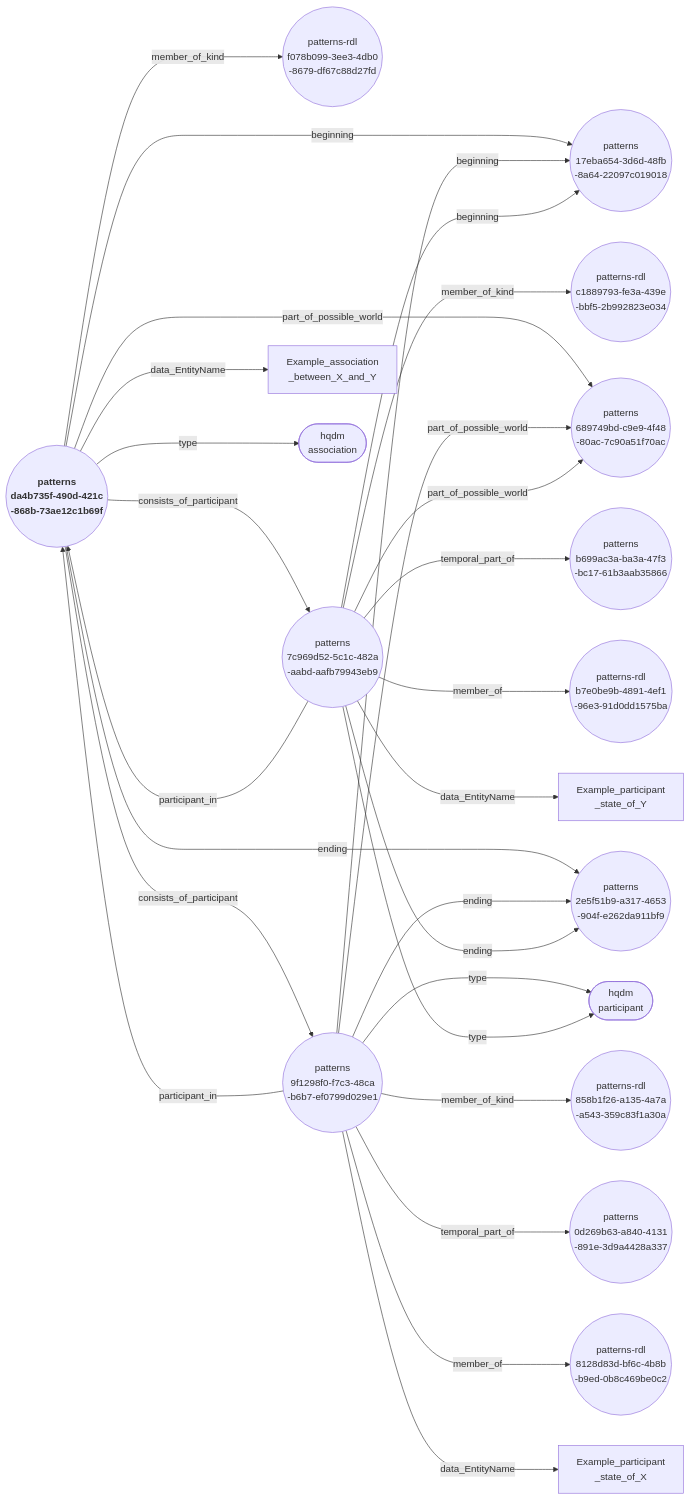
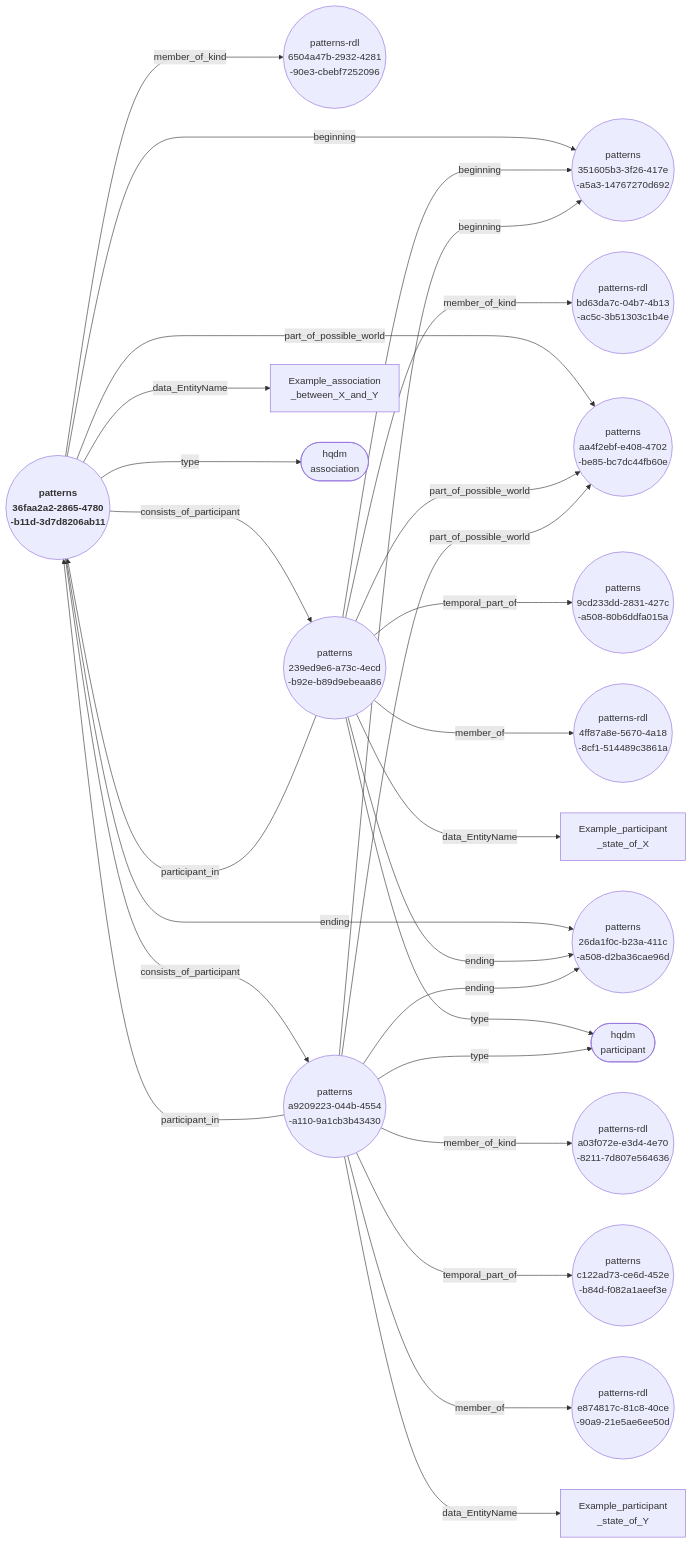
One commit to ClimbingAl/HqdmPatterns changed the diagram in docs/extras/example-files/genericAssociationAndParticipantsNodeEdgeGraph.mermaid. Above: the diagram before and after it, drawn with Mermaid. The commit also changed 56 other files, not shown here.

````diff
--- a/docs/extras/example-files/genericAssociationAndParticipantsNodeEdgeGraph.mermaid
+++ b/docs/extras/example-files/genericAssociationAndParticipantsNodeEdgeGraph.mermaid
@@ -1,29 +1,29 @@
 ``` mermaid
 graph LR
-  da4b735f-490d-421c-868b-73ae12c1b69f(("<b> patterns <br> da4b735f-490d-421c <br> -868b-73ae12c1b69f"))--->|"beginning"|17eba654-3d6d-48fb-8a64-22097c019018(("patterns <br> 17eba654-3d6d-48fb <br> -8a64-22097c019018"));
-  da4b735f-490d-421c-868b-73ae12c1b69f(("<b> patterns <br> da4b735f-490d-421c <br> -868b-73ae12c1b69f"))--->|"member_of_kind"|f078b099-3ee3-4db0-8679-df67c88d27fd(("patterns-rdl <br> f078b099-3ee3-4db0 <br> -8679-df67c88d27fd"));
-  da4b735f-490d-421c-868b-73ae12c1b69f(("<b> patterns <br> da4b735f-490d-421c <br> -868b-73ae12c1b69f"))--->|"consists_of_participant"|7c969d52-5c1c-482a-aabd-aafb79943eb9(("patterns <br> 7c969d52-5c1c-482a <br> -aabd-aafb79943eb9"));
-  da4b735f-490d-421c-868b-73ae12c1b69f(("<b> patterns <br> da4b735f-490d-421c <br> -868b-73ae12c1b69f"))--->|"consists_of_participant"|9f1298f0-f7c3-48ca-b6b7-ef0799d029e1(("patterns <br> 9f1298f0-f7c3-48ca <br> -b6b7-ef0799d029e1"));
-  da4b735f-490d-421c-868b-73ae12c1b69f(("<b> patterns <br> da4b735f-490d-421c <br> -868b-73ae12c1b69f"))--->|"part_of_possible_world"|689749bd-c9e9-4f48-80ac-7c90a51f70ac(("patterns <br> 689749bd-c9e9-4f48 <br> -80ac-7c90a51f70ac"));
-  da4b735f-490d-421c-868b-73ae12c1b69f(("<b> patterns <br> da4b735f-490d-421c <br> -868b-73ae12c1b69f"))--->|"data_EntityName"|Example_association_between_X_and_Y["Example_association <br> _between_X_and_Y"];
-  da4b735f-490d-421c-868b-73ae12c1b69f(("<b> patterns <br> da4b735f-490d-421c <br> -868b-73ae12c1b69f"))--->|"ending"|2e5f51b9-a317-4653-904f-e262da911bf9(("patterns <br> 2e5f51b9-a317-4653 <br> -904f-e262da911bf9"));
-  da4b735f-490d-421c-868b-73ae12c1b69f(("<b> patterns <br> da4b735f-490d-421c <br> -868b-73ae12c1b69f"))--->|"type"|association(["hqdm <br> association"]);
-  9f1298f0-f7c3-48ca-b6b7-ef0799d029e1(("patterns <br> 9f1298f0-f7c3-48ca <br> -b6b7-ef0799d029e1"))--->|"beginning"|17eba654-3d6d-48fb-8a64-22097c019018(("patterns <br> 17eba654-3d6d-48fb <br> -8a64-22097c019018"));
-  9f1298f0-f7c3-48ca-b6b7-ef0799d029e1(("patterns <br> 9f1298f0-f7c3-48ca <br> -b6b7-ef0799d029e1"))--->|"member_of_kind"|858b1f26-a135-4a7a-a543-359c83f1a30a(("patterns-rdl <br> 858b1f26-a135-4a7a <br> -a543-359c83f1a30a"));
-  9f1298f0-f7c3-48ca-b6b7-ef0799d029e1(("patterns <br> 9f1298f0-f7c3-48ca <br> -b6b7-ef0799d029e1"))--->|"part_of_possible_world"|689749bd-c9e9-4f48-80ac-7c90a51f70ac(("patterns <br> 689749bd-c9e9-4f48 <br> -80ac-7c90a51f70ac"));
-  9f1298f0-f7c3-48ca-b6b7-ef0799d029e1(("patterns <br> 9f1298f0-f7c3-48ca <br> -b6b7-ef0799d029e1"))--->|"participant_in"|da4b735f-490d-421c-868b-73ae12c1b69f(("<b> patterns <br> da4b735f-490d-421c <br> -868b-73ae12c1b69f"));
-  9f1298f0-f7c3-48ca-b6b7-ef0799d029e1(("patterns <br> 9f1298f0-f7c3-48ca <br> -b6b7-ef0799d029e1"))--->|"temporal_part_of"|0d269b63-a840-4131-891e-3d9a4428a337(("patterns <br> 0d269b63-a840-4131 <br> -891e-3d9a4428a337"));
-  9f1298f0-f7c3-48ca-b6b7-ef0799d029e1(("patterns <br> 9f1298f0-f7c3-48ca <br> -b6b7-ef0799d029e1"))--->|"member_of"|8128d83d-bf6c-4b8b-b9ed-0b8c469be0c2(("patterns-rdl <br> 8128d83d-bf6c-4b8b <br> -b9ed-0b8c469be0c2"));
-  9f1298f0-f7c3-48ca-b6b7-ef0799d029e1(("patterns <br> 9f1298f0-f7c3-48ca <br> -b6b7-ef0799d029e1"))--->|"data_EntityName"|Example_participant_state_of_X["Example_participant <br> _state_of_X"];
-  9f1298f0-f7c3-48ca-b6b7-ef0799d029e1(("patterns <br> 9f1298f0-f7c3-48ca <br> -b6b7-ef0799d029e1"))--->|"ending"|2e5f51b9-a317-4653-904f-e262da911bf9(("patterns <br> 2e5f51b9-a317-4653 <br> -904f-e262da911bf9"));
-  9f1298f0-f7c3-48ca-b6b7-ef0799d029e1(("patterns <br> 9f1298f0-f7c3-48ca <br> -b6b7-ef0799d029e1"))--->|"type"|participant(["hqdm <br> participant"]);
-  7c969d52-5c1c-482a-aabd-aafb79943eb9(("patterns <br> 7c969d52-5c1c-482a <br> -aabd-aafb79943eb9"))--->|"beginning"|17eba654-3d6d-48fb-8a64-22097c019018(("patterns <br> 17eba654-3d6d-48fb <br> -8a64-22097c019018"));
-  7c969d52-5c1c-482a-aabd-aafb79943eb9(("patterns <br> 7c969d52-5c1c-482a <br> -aabd-aafb79943eb9"))--->|"member_of_kind"|c1889793-fe3a-439e-bbf5-2b992823e034(("patterns-rdl <br> c1889793-fe3a-439e <br> -bbf5-2b992823e034"));
-  7c969d52-5c1c-482a-aabd-aafb79943eb9(("patterns <br> 7c969d52-5c1c-482a <br> -aabd-aafb79943eb9"))--->|"part_of_possible_world"|689749bd-c9e9-4f48-80ac-7c90a51f70ac(("patterns <br> 689749bd-c9e9-4f48 <br> -80ac-7c90a51f70ac"));
-  7c969d52-5c1c-482a-aabd-aafb79943eb9(("patterns <br> 7c969d52-5c1c-482a <br> -aabd-aafb79943eb9"))--->|"participant_in"|da4b735f-490d-421c-868b-73ae12c1b69f(("<b> patterns <br> da4b735f-490d-421c <br> -868b-73ae12c1b69f"));
-  7c969d52-5c1c-482a-aabd-aafb79943eb9(("patterns <br> 7c969d52-5c1c-482a <br> -aabd-aafb79943eb9"))--->|"temporal_part_of"|b699ac3a-ba3a-47f3-bc17-61b3aab35866(("patterns <br> b699ac3a-ba3a-47f3 <br> -bc17-61b3aab35866"));
-  7c969d52-5c1c-482a-aabd-aafb79943eb9(("patterns <br> 7c969d52-5c1c-482a <br> -aabd-aafb79943eb9"))--->|"member_of"|b7e0be9b-4891-4ef1-96e3-91d0dd1575ba(("patterns-rdl <br> b7e0be9b-4891-4ef1 <br> -96e3-91d0dd1575ba"));
-  7c969d52-5c1c-482a-aabd-aafb79943eb9(("patterns <br> 7c969d52-5c1c-482a <br> -aabd-aafb79943eb9"))--->|"data_EntityName"|Example_participant_state_of_Y["Example_participant <br> _state_of_Y"];
-  7c969d52-5c1c-482a-aabd-aafb79943eb9(("patterns <br> 7c969d52-5c1c-482a <br> -aabd-aafb79943eb9"))--->|"ending"|2e5f51b9-a317-4653-904f-e262da911bf9(("patterns <br> 2e5f51b9-a317-4653 <br> -904f-e262da911bf9"));
-  7c969d52-5c1c-482a-aabd-aafb79943eb9(("patterns <br> 7c969d52-5c1c-482a <br> -aabd-aafb79943eb9"))--->|"type"|participant(["hqdm <br> participant"]);
+  36faa2a2-2865-4780-b11d-3d7d8206ab11(("<b> patterns <br> 36faa2a2-2865-4780 <br> -b11d-3d7d8206ab11"))--->|"beginning"|351605b3-3f26-417e-a5a3-14767270d692(("patterns <br> 351605b3-3f26-417e <br> -a5a3-14767270d692"));
+  36faa2a2-2865-4780-b11d-3d7d8206ab11(("<b> patterns <br> 36faa2a2-2865-4780 <br> -b11d-3d7d8206ab11"))--->|"member_of_kind"|6504a47b-2932-4281-90e3-cbebf7252096(("patterns-rdl <br> 6504a47b-2932-4281 <br> -90e3-cbebf7252096"));
+  36faa2a2-2865-4780-b11d-3d7d8206ab11(("<b> patterns <br> 36faa2a2-2865-4780 <br> -b11d-3d7d8206ab11"))--->|"consists_of_participant"|239ed9e6-a73c-4ecd-b92e-b89d9ebeaa86(("patterns <br> 239ed9e6-a73c-4ecd <br> -b92e-b89d9ebeaa86"));
+  36faa2a2-2865-4780-b11d-3d7d8206ab11(("<b> patterns <br> 36faa2a2-2865-4780 <br> -b11d-3d7d8206ab11"))--->|"consists_of_participant"|a9209223-044b-4554-a110-9a1cb3b43430(("patterns <br> a9209223-044b-4554 <br> -a110-9a1cb3b43430"));
+  36faa2a2-2865-4780-b11d-3d7d8206ab11(("<b> patterns <br> 36faa2a2-2865-4780 <br> -b11d-3d7d8206ab11"))--->|"part_of_possible_world"|aa4f2ebf-e408-4702-be85-bc7dc44fb60e(("patterns <br> aa4f2ebf-e408-4702 <br> -be85-bc7dc44fb60e"));
+  36faa2a2-2865-4780-b11d-3d7d8206ab11(("<b> patterns <br> 36faa2a2-2865-4780 <br> -b11d-3d7d8206ab11"))--->|"data_EntityName"|Example_association_between_X_and_Y["Example_association <br> _between_X_and_Y"];
+  36faa2a2-2865-4780-b11d-3d7d8206ab11(("<b> patterns <br> 36faa2a2-2865-4780 <br> -b11d-3d7d8206ab11"))--->|"ending"|26da1f0c-b23a-411c-a508-d2ba36cae96d(("patterns <br> 26da1f0c-b23a-411c <br> -a508-d2ba36cae96d"));
+  36faa2a2-2865-4780-b11d-3d7d8206ab11(("<b> patterns <br> 36faa2a2-2865-4780 <br> -b11d-3d7d8206ab11"))--->|"type"|association(["hqdm <br> association"]);
+  239ed9e6-a73c-4ecd-b92e-b89d9ebeaa86(("patterns <br> 239ed9e6-a73c-4ecd <br> -b92e-b89d9ebeaa86"))--->|"beginning"|351605b3-3f26-417e-a5a3-14767270d692(("patterns <br> 351605b3-3f26-417e <br> -a5a3-14767270d692"));
+  239ed9e6-a73c-4ecd-b92e-b89d9ebeaa86(("patterns <br> 239ed9e6-a73c-4ecd <br> -b92e-b89d9ebeaa86"))--->|"member_of_kind"|bd63da7c-04b7-4b13-ac5c-3b51303c1b4e(("patterns-rdl <br> bd63da7c-04b7-4b13 <br> -ac5c-3b51303c1b4e"));
+  239ed9e6-a73c-4ecd-b92e-b89d9ebeaa86(("patterns <br> 239ed9e6-a73c-4ecd <br> -b92e-b89d9ebeaa86"))--->|"part_of_possible_world"|aa4f2ebf-e408-4702-be85-bc7dc44fb60e(("patterns <br> aa4f2ebf-e408-4702 <br> -be85-bc7dc44fb60e"));
+  239ed9e6-a73c-4ecd-b92e-b89d9ebeaa86(("patterns <br> 239ed9e6-a73c-4ecd <br> -b92e-b89d9ebeaa86"))--->|"participant_in"|36faa2a2-2865-4780-b11d-3d7d8206ab11(("<b> patterns <br> 36faa2a2-2865-4780 <br> -b11d-3d7d8206ab11"));
+  239ed9e6-a73c-4ecd-b92e-b89d9ebeaa86(("patterns <br> 239ed9e6-a73c-4ecd <br> -b92e-b89d9ebeaa86"))--->|"temporal_part_of"|9cd233dd-2831-427c-a508-80b6ddfa015a(("patterns <br> 9cd233dd-2831-427c <br> -a508-80b6ddfa015a"));
+  239ed9e6-a73c-4ecd-b92e-b89d9ebeaa86(("patterns <br> 239ed9e6-a73c-4ecd <br> -b92e-b89d9ebeaa86"))--->|"member_of"|4ff87a8e-5670-4a18-8cf1-514489c3861a(("patterns-rdl <br> 4ff87a8e-5670-4a18 <br> -8cf1-514489c3861a"));
+  239ed9e6-a73c-4ecd-b92e-b89d9ebeaa86(("patterns <br> 239ed9e6-a73c-4ecd <br> -b92e-b89d9ebeaa86"))--->|"data_EntityName"|Example_participant_state_of_X["Example_participant <br> _state_of_X"];
+  239ed9e6-a73c-4ecd-b92e-b89d9ebeaa86(("patterns <br> 239ed9e6-a73c-4ecd <br> -b92e-b89d9ebeaa86"))--->|"ending"|26da1f0c-b23a-411c-a508-d2ba36cae96d(("patterns <br> 26da1f0c-b23a-411c <br> -a508-d2ba36cae96d"));
+  239ed9e6-a73c-4ecd-b92e-b89d9ebeaa86(("patterns <br> 239ed9e6-a73c-4ecd <br> -b92e-b89d9ebeaa86"))--->|"type"|participant(["hqdm <br> participant"]);
+  a9209223-044b-4554-a110-9a1cb3b43430(("patterns <br> a9209223-044b-4554 <br> -a110-9a1cb3b43430"))--->|"beginning"|351605b3-3f26-417e-a5a3-14767270d692(("patterns <br> 351605b3-3f26-417e <br> -a5a3-14767270d692"));
+  a9209223-044b-4554-a110-9a1cb3b43430(("patterns <br> a9209223-044b-4554 <br> -a110-9a1cb3b43430"))--->|"member_of_kind"|a03f072e-e3d4-4e70-8211-7d807e564636(("patterns-rdl <br> a03f072e-e3d4-4e70 <br> -8211-7d807e564636"));
+  a9209223-044b-4554-a110-9a1cb3b43430(("patterns <br> a9209223-044b-4554 <br> -a110-9a1cb3b43430"))--->|"part_of_possible_world"|aa4f2ebf-e408-4702-be85-bc7dc44fb60e(("patterns <br> aa4f2ebf-e408-4702 <br> -be85-bc7dc44fb60e"));
+  a9209223-044b-4554-a110-9a1cb3b43430(("patterns <br> a9209223-044b-4554 <br> -a110-9a1cb3b43430"))--->|"participant_in"|36faa2a2-2865-4780-b11d-3d7d8206ab11(("<b> patterns <br> 36faa2a2-2865-4780 <br> -b11d-3d7d8206ab11"));
+  a9209223-044b-4554-a110-9a1cb3b43430(("patterns <br> a9209223-044b-4554 <br> -a110-9a1cb3b43430"))--->|"temporal_part_of"|c122ad73-ce6d-452e-b84d-f082a1aeef3e(("patterns <br> c122ad73-ce6d-452e <br> -b84d-f082a1aeef3e"));
+  a9209223-044b-4554-a110-9a1cb3b43430(("patterns <br> a9209223-044b-4554 <br> -a110-9a1cb3b43430"))--->|"member_of"|e874817c-81c8-40ce-90a9-21e5ae6ee50d(("patterns-rdl <br> e874817c-81c8-40ce <br> -90a9-21e5ae6ee50d"));
+  a9209223-044b-4554-a110-9a1cb3b43430(("patterns <br> a9209223-044b-4554 <br> -a110-9a1cb3b43430"))--->|"data_EntityName"|Example_participant_state_of_Y["Example_participant <br> _state_of_Y"];
+  a9209223-044b-4554-a110-9a1cb3b43430(("patterns <br> a9209223-044b-4554 <br> -a110-9a1cb3b43430"))--->|"ending"|26da1f0c-b23a-411c-a508-d2ba36cae96d(("patterns <br> 26da1f0c-b23a-411c <br> -a508-d2ba36cae96d"));
+  a9209223-044b-4554-a110-9a1cb3b43430(("patterns <br> a9209223-044b-4554 <br> -a110-9a1cb3b43430"))--->|"type"|participant(["hqdm <br> participant"]);
 ```
````
